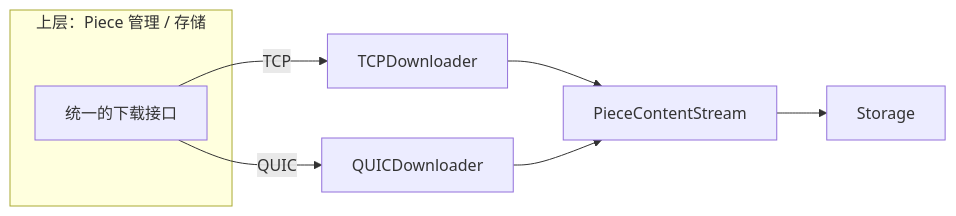
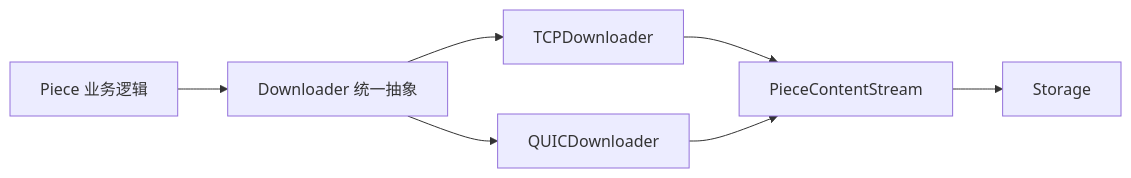
Before and after one commit to YIYUANYUAN1116/engineering-lab: the sixth of 13 diagrams in share/dragonfly-urma-basic-sharing.md, drawn with Mermaid. The commit also changed other lines of this file and 1 other file, not shown here.

````diff
--- a/share/dragonfly-urma-basic-sharing.md
+++ b/share/dragonfly-urma-basic-sharing.md
@@ -269,11 +352,9 @@
-```mermaid
+~~~mermaid
 flowchart LR
-    subgraph 上层[上层：Piece 管理 / 存储]
-        S[统一的下载接口]
-    end
-    S -->|TCP| T[TCPDownloader]
-    S -->|QUIC| Q[QUICDownloader]
-    T --> PCS[PieceContentStream]
-    Q --> PCS
-    PCS --> ST[Storage]
-```
+    P[Piece 业务逻辑] --> D[Downloader 统一抽象]
+    D --> T[TCPDownloader]
+    D --> Q[QUICDownloader]
+    T --> S[PieceContentStream]
+    Q --> S
+    S --> ST[Storage]
+~~~
````
